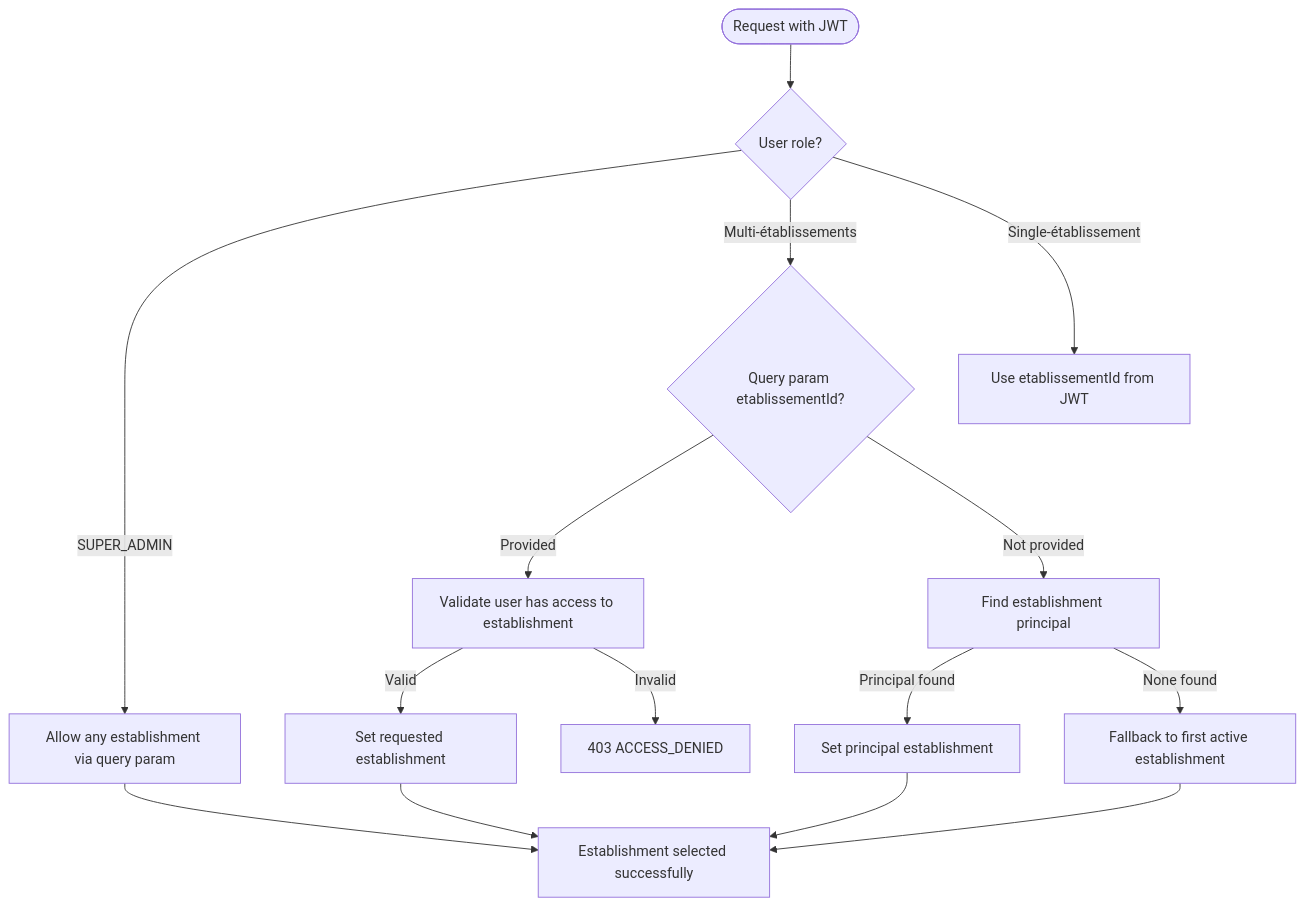
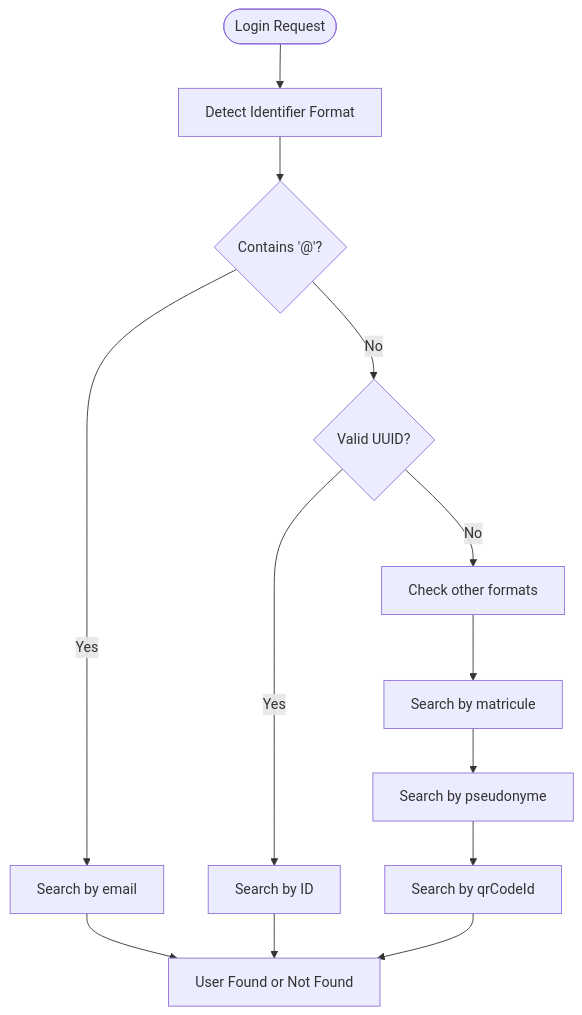
The third of 11 diagrams in .qoder/repowiki/en/content/Authentication & Authorization/Authentication Flow.md (franckylab/eLISAschool), drawn with Mermaid before and after one commit. The commit also changed other lines of this file and 151 other files, not shown here.

````diff
--- a/.qoder/repowiki/en/content/Authentication & Authorization/Authentication Flow.md
+++ b/.qoder/repowiki/en/content/Authentication & Authorization/Authentication Flow.md
@@ -242,17 +240,15 @@
 ```mermaid
 flowchart TD
-Start(["Request with JWT"]) --> CheckRole{"User role?"}
-CheckRole --> |SUPER_ADMIN| AllowAll["Allow any establishment via query param"]
-CheckRole --> |Multi-établissements| HasQuery{"Query param etablissementId?"}
-CheckRole --> |Single-établissement| UseLegacy["Use etablissementId from JWT"]
-HasQuery --> |Provided| ValidateAccess["Validate user has access to establishment"]
-ValidateAccess --> |Valid| SetRequested["Set requested establishment"]
-ValidateAccess --> |Invalid| DenyAccess["403 ACCESS_DENIED"]
-HasQuery --> |Not provided| CheckPrincipal["Find establishment principal"]
-CheckPrincipal --> |Principal found| SetPrincipal["Set principal establishment"]
-CheckPrincipal --> |None found| FallbackFirst["Fallback to first active establishment"]
-SetRequested --> Success["Establishment selected successfully"]
-SetPrincipal --> Success
-FallbackFirst --> Success
-AllowAll --> Success
+Start(["Login Request"]) --> DetectFormat["Detect Identifier Format"]
+DetectFormat --> ContainsAt{"Contains '@'?"}
+ContainsAt --> |Yes| EmailSearch["Search by email"]
+ContainsAt --> |No| CheckUUID{"Valid UUID?"}
+CheckUUID --> |Yes| IdSearch["Search by ID"]
+CheckUUID --> |No| CheckOther["Check other formats"]
+CheckOther --> MatriculeSearch["Search by matricule"]
+MatriculeSearch --> PseudonymSearch["Search by pseudonyme"]
+PseudonymSearch --> QrSearch["Search by qrCodeId"]
+QrSearch --> FinalResult["User Found or Not Found"]
+EmailSearch --> FinalResult
+IdSearch --> FinalResult
 ```
````
